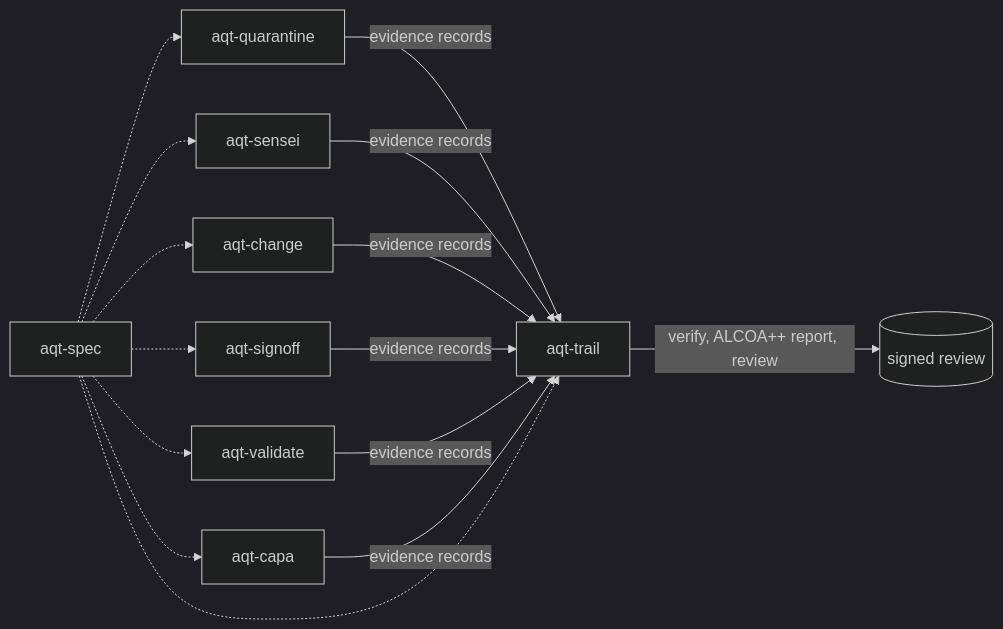
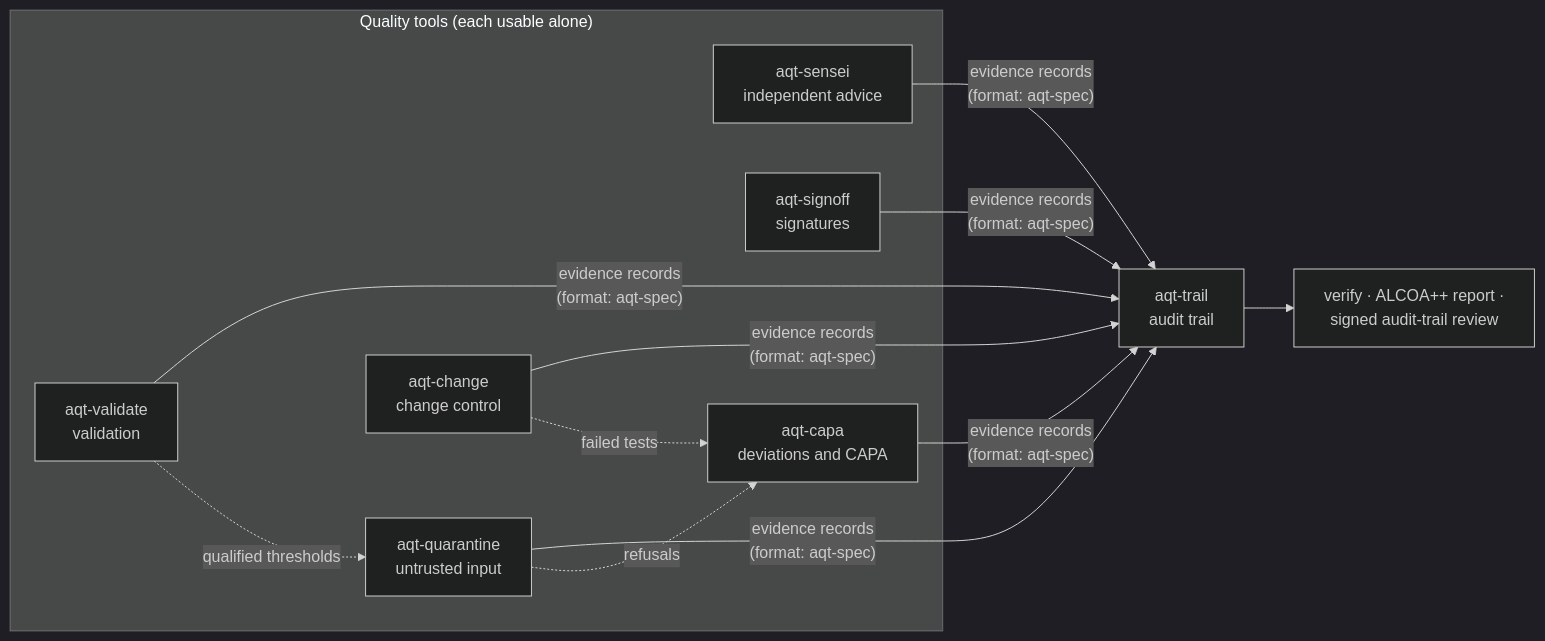
The diagram in README.md (benediktneumayer2-tech/agent-quality-toolkit), drawn with Mermaid (dark theme) before and after one commit. The commit also changed other lines of this file and 52 other files, not shown here.

````diff
--- a/README.md
+++ b/README.md
@@ -22,6 +79,16 @@
 ```mermaid
 flowchart LR
-    Q[aqt-quarantine] & S[aqt-sensei] & C[aqt-change] & G[aqt-signoff] & V[aqt-validate] & K[aqt-capa] -->|evidence records| T[aqt-trail]
-    T -->|verify, ALCOA++ report, review| R[(signed review)]
-    Spec[aqt-spec] -.-> Q & S & C & G & V & K & T
+    subgraph Tools["Quality tools (each usable alone)"]
+        Q["aqt-quarantine<br/>untrusted input"]
+        S["aqt-sensei<br/>independent advice"]
+        G["aqt-signoff<br/>signatures"]
+        C["aqt-change<br/>change control"]
+        V["aqt-validate<br/>validation"]
+        K["aqt-capa<br/>deviations and CAPA"]
+    end
+    Q & S & G & C & V & K -->|"evidence records<br/>(format: aqt-spec)"| T["aqt-trail<br/>audit trail"]
+    T --> O["verify · ALCOA++ report ·<br/>signed audit-trail review"]
+    V -. qualified thresholds .-> Q
+    Q -. refusals .-> K
+    C -. failed tests .-> K
 ```
````
